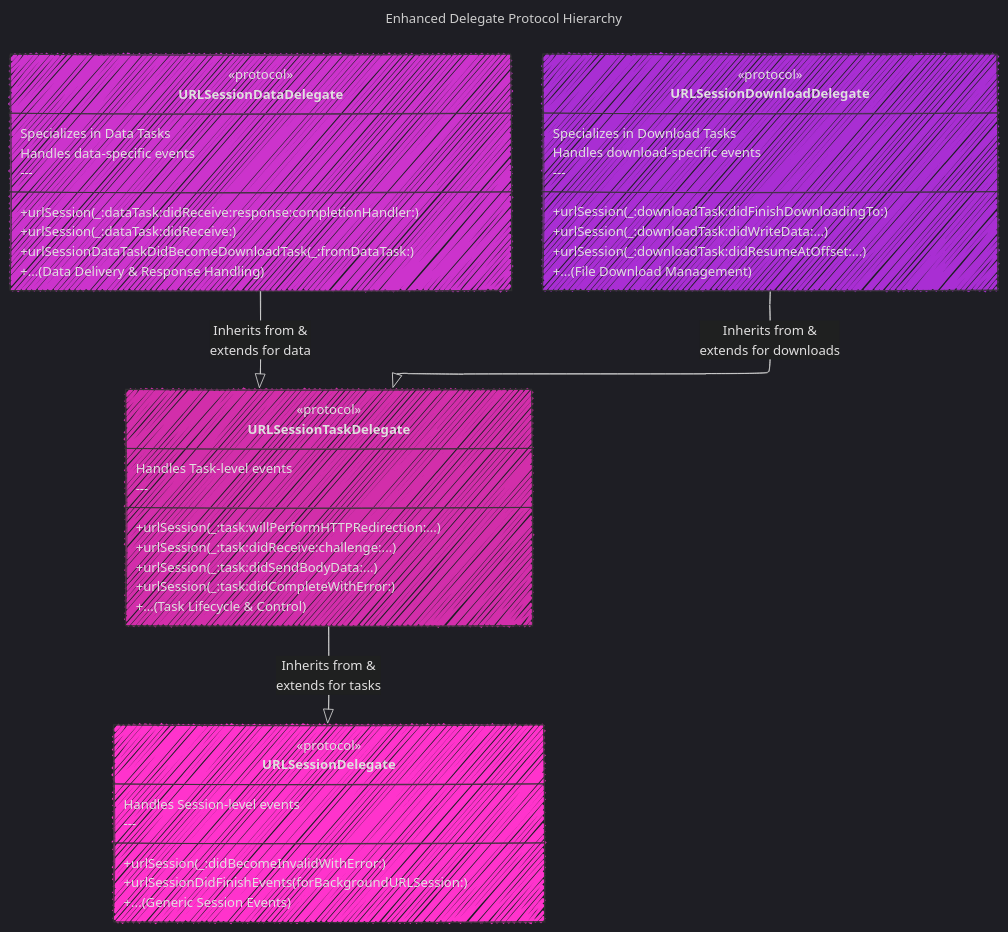
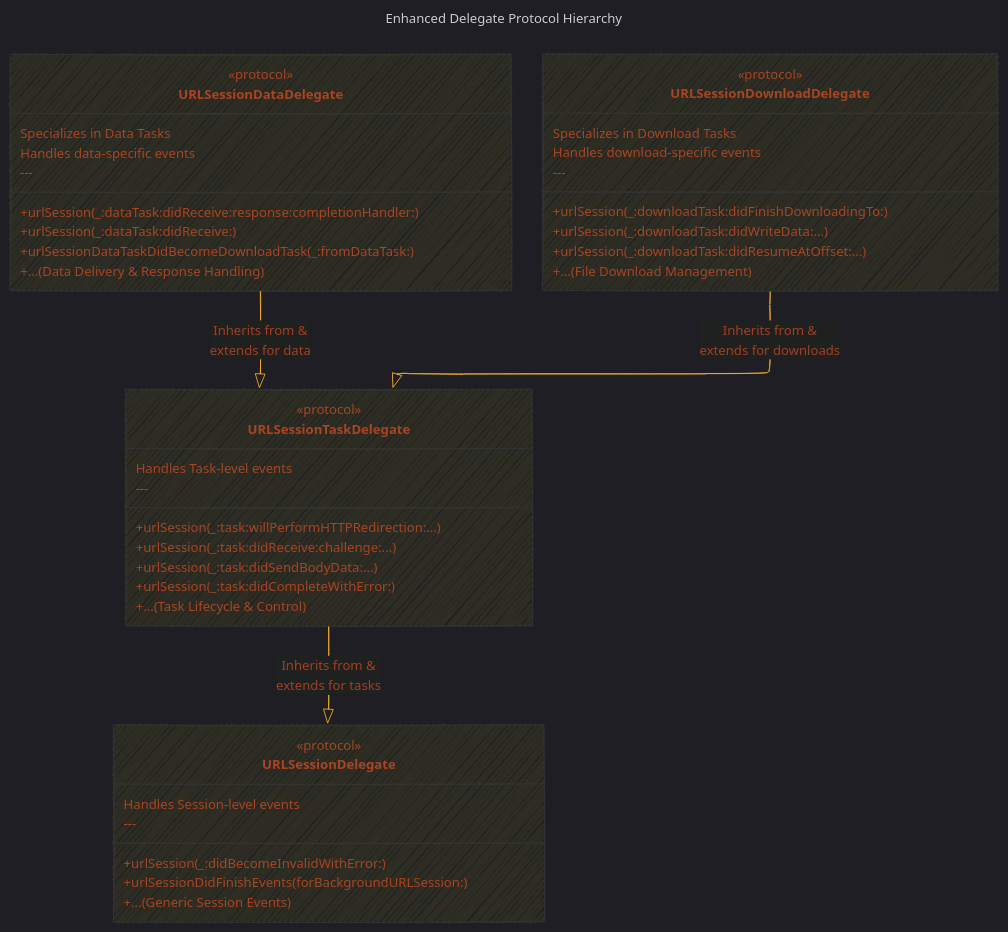
One commit to CongLeSolutionX/iOS-development-vault changed the fifth of 5 diagrams in WEB_TECH/Fetching_website_data_into_memory/Fetching_website_data_into_memory_V2.md. Above: the diagram before and after it, drawn with Mermaid. The commit also changed other lines of this file, not shown here.

````diff
--- a/WEB_TECH/Fetching_website_data_into_memory/Fetching_website_data_into_memory_V2.md
+++ b/WEB_TECH/Fetching_website_data_into_memory/Fetching_website_data_into_memory_V2.md
@@ -253,59 +270,72 @@
 ```mermaid
 ---
 title: Enhanced Delegate Protocol Hierarchy
 config:
   layout: elk
   look: handDrawn
   theme: dark
 ---
+%%{
+  init: {
+    'fontFamily': 'verdana',
+    'themeVariables': {
+      'primaryColor': '#BB2528',
+      'primaryTextColor': '#f529',
+      'primaryBorderColor': '#7C0000',
+      'lineColor': '#F8B229',
+      'secondaryColor': '#006100',
+      'tertiaryColor': '#fff'
+    }
+  }
+}%%
 classDiagram
     direction BT
     class URLSessionDelegate {
         <<protocol>>
         Handles Session-level events
         ---
         +urlSession(_:didBecomeInvalidWithError:)
         +urlSessionDidFinishEvents(forBackgroundURLSession:)
         +... (Generic Session Events)
     }
     class URLSessionTaskDelegate {
         <<protocol>>
         Handles Task-level events
         ---
         +urlSession(_:task:willPerformHTTPRedirection:...)
         +urlSession(_:task:didReceive:challenge:...)
         +urlSession(_:task:didSendBodyData:...)
         +urlSession(_:task:didCompleteWithError:)
         +... (Task Lifecycle & Control)
     }
     class URLSessionDataDelegate {
         <<protocol>>
         Specializes in Data Tasks
         Handles data-specific events
         ---
         +urlSession(_:dataTask:didReceive:response:completionHandler:)
         +urlSession(_:dataTask:didReceive:)
         +urlSessionDataTaskDidBecomeDownloadTask(_:fromDataTask:)
         +... (Data Delivery & Response Handling)
     }
     class URLSessionDownloadDelegate {
         <<protocol>>
         Specializes in Download Tasks
         Handles download-specific events
         ---
         +urlSession(_:downloadTask:didFinishDownloadingTo:)
         +urlSession(_:downloadTask:didWriteData:...)
         +urlSession(_:downloadTask:didResumeAtOffset:...)
         +... (File Download Management)
     }
 
     URLSessionDelegate <|-- URLSessionTaskDelegate : Inherits from &<br>extends for tasks
     URLSessionTaskDelegate <|-- URLSessionDataDelegate : Inherits from &<br>extends for data
     URLSessionTaskDelegate <|-- URLSessionDownloadDelegate : Inherits from &<br>extends for downloads
 
-    style URLSessionDelegate fill:#f3cf,stroke:#333,stroke-width:1px
-    style URLSessionTaskDelegate fill:#f3cc,stroke:#333,stroke-width:1px
-    style URLSessionDataDelegate fill:#c3cf,stroke:#333,stroke-width:1px
-    style URLSessionDownloadDelegate fill:#c3fc,stroke:#333,stroke-width:1px
+    style URLSessionDelegate fill:#ff11,stroke:#333,stroke-width:1px
+    style URLSessionTaskDelegate fill:#ff11,stroke:#333,stroke-width:1px
+    style URLSessionDataDelegate fill:#ff11,stroke:#333,stroke-width:1px
+    style URLSessionDownloadDelegate fill:#ff11,stroke:#333,stroke-width:1px
     
 ```
````
